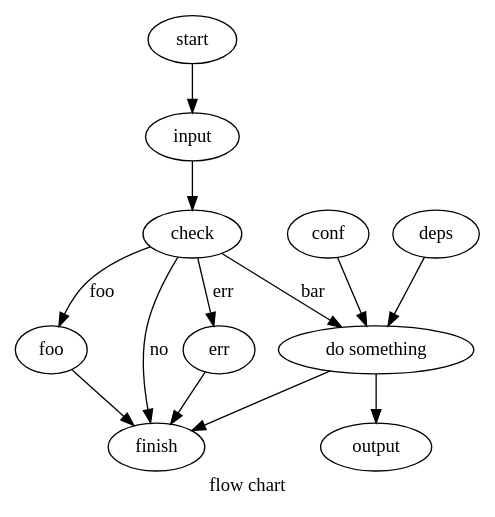
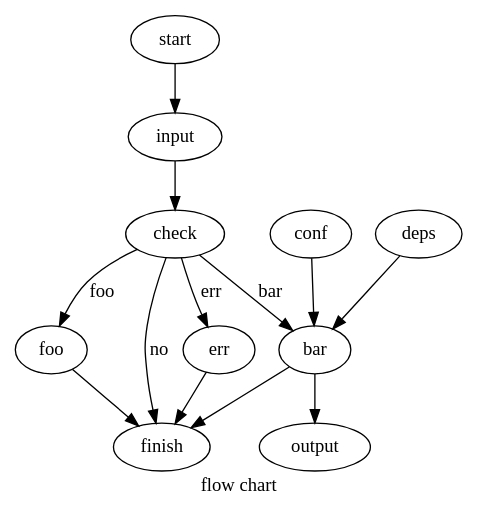
Before and after one commit to lijh8/misc: the diagram in other/graphviz.dot, drawn with Graphviz.

```diff
--- a/other/graphviz.dot
+++ b/other/graphviz.dot
@@ -1,46 +1,46 @@
 /*
 https://graphviz.org/about/ ,
 https://magjac.com/graphviz-visual-editor/ ,
 https://dreampuf.github.io/GraphvizOnline/ ,
-similar tools: mermaid chart, yED
 
-Attributes cannot be combined with edge operations;
-attributes must be applied separately.
+Edge cannot follow attribute in same statement.
 
-  ok: A -> B -> C
-  no: A -> B [color=red] -> C;
+  no: start [label=foo] -> input
+  ok: start [label=foo]; start -> input
+
+  no: start -> input [label=foo] -> check
+  ok: start -> input [label=foo]; input -> check
 
 generate image using command:
   $ apt install graphviz
   $ dot -Tpng example.dot -o example.png
 
 use image in markdown example.md:
   ![](example.png)
 
 then preview markdown in vscode
 
+similar tools: mermaid chart, yED
 */
 
 // example.dot
 
 digraph {
   start -> input -> check
 
   check -> foo [label=foo]
   foo -> finish
 
   check -> err [label=err]
   err -> finish
 
   check -> finish [label=no]
 
   check -> bar [label=bar]
   bar -> finish
 
   conf -> bar -> output
   deps -> bar
 
-  bar [label="do something"]
-
   label="flow chart"
 }
```
